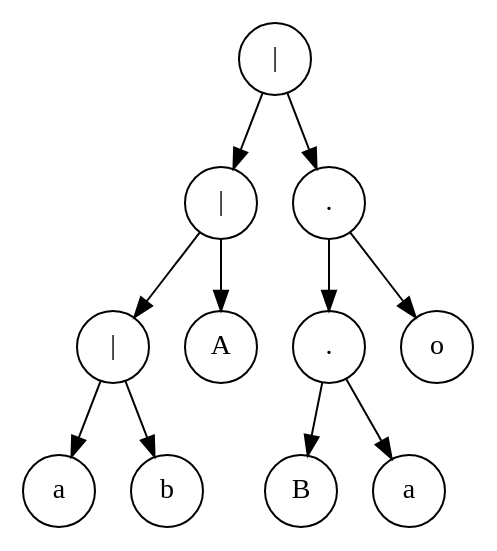
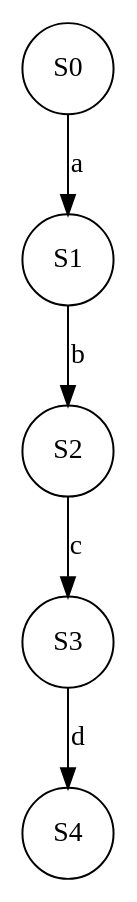
The diagram in Graphs/graph1.dot (DiggsPapu/TeoriaComputacion), drawn with Graphviz before and after one commit. The commit also changed 8 other files, not shown here.

First line of the commit message:
update:Graphviz&DotAlgorithm

```diff
--- a/Graphs/graph1.dot
+++ b/Graphs/graph1.dot
@@ -1,24 +1,12 @@
-digraph Tree{
+digraph AFN{
 node [shape=circle];
-node0 [label="a"];
-node1 [label="b"];
-node2 [label="|"];
-node3 [label="A"];
-node4 [label="|"];
-node5 [label="B"];
-node6 [label="a"];
-node7 [label="."];
-node8 [label="o"];
-node9 [label="."];
-node10 [label="|"];
-node2->node0;
-node2->node1;
-node4->node2;
-node4->node3;
-node7->node5;
-node7->node6;
-node9->node7;
-node9->node8;
-node10->node4;
-node10->node9;
+S0 [label="S0"];
+S1 [label="S1"];
+S2 [label="S2"];
+S3 [label="S3"];
+S4 [label="S4"];
+S0->S1[label="a"];
+S1->S2[label="b"];
+S2->S3[label="c"];
+S3->S4[label="d"];
 }
```
